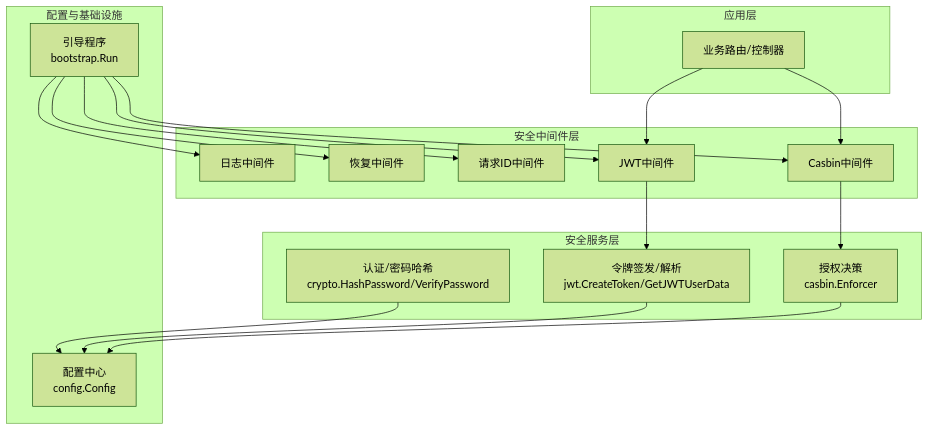
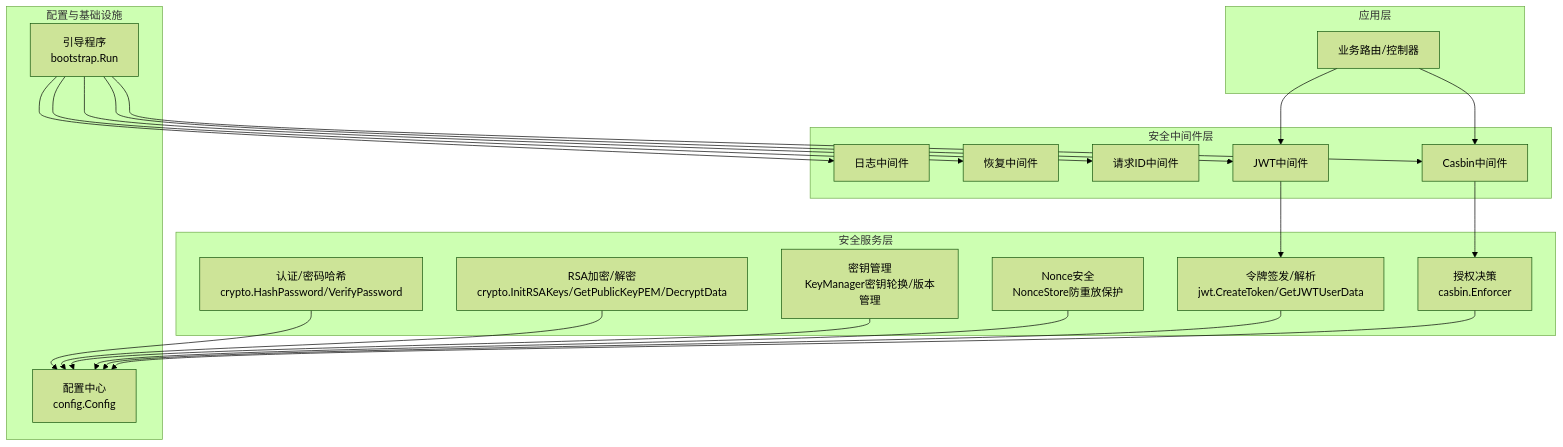
Before and after one commit to wuwuseo/cmf: the second of 9 diagrams in .qoder/repowiki/zh/content/安全与加密.md, drawn with Mermaid (forest theme). The commit also changed other lines of this file and 4 other files, not shown here.

````diff
--- a/.qoder/repowiki/zh/content/安全与加密.md
+++ b/.qoder/repowiki/zh/content/安全与加密.md
@@ -83,34 +100,40 @@
 ```mermaid
 graph TB
 subgraph "应用层"
 APP["业务路由/控制器"]
 end
 subgraph "安全中间件层"
 LOG["日志中间件"]
 REC["恢复中间件"]
 REQID["请求ID中间件"]
 JWTMW["JWT中间件"]
 CASMW["Casbin中间件"]
 end
 subgraph "安全服务层"
 AUTH["认证/密码哈希<br/>crypto.HashPassword/VerifyPassword"]
+RSA["RSA加密/解密<br/>crypto.InitRSAKeys/GetPublicKeyPEM/DecryptData"]
+KEYM["密钥管理<br/>KeyManager密钥轮换/版本管理"]
+NONCE["Nonce安全<br/>NonceStore防重放保护"]
 TOKEN["令牌签发/解析<br/>jwt.CreateToken/GetJWTUserData"]
 RBAC["授权决策<br/>casbin.Enforcer"]
 end
 subgraph "配置与基础设施"
 CONF["配置中心<br/>config.Config"]
 BOOT["引导程序<br/>bootstrap.Run"]
 end
 APP --> JWTMW
 APP --> CASMW
 JWTMW --> TOKEN
 CASMW --> RBAC
 AUTH --> CONF
+RSA --> CONF
+KEYM --> CONF
+NONCE --> CONF
 TOKEN --> CONF
 RBAC --> CONF
 BOOT --> LOG
 BOOT --> REC
 BOOT --> REQID
 BOOT --> JWTMW
 BOOT --> CASMW
 ```
````
